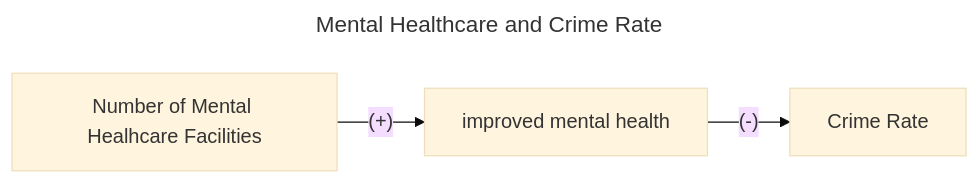
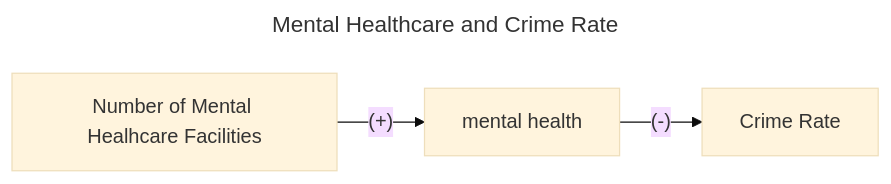
Before and after one commit to ecn310/course-project-zipcentercrime: the first of 3 diagrams in Lit_Review/PaperSummaries.md, drawn with Mermaid (base theme).

````diff
--- a/Lit_Review/PaperSummaries.md
+++ b/Lit_Review/PaperSummaries.md
@@ -15,8 +15,8 @@
 ```mermaid
 ---
 title: Mental Healthcare and Crime Rate 
 ---
 flowchart LR
- A["Number of Mental Healhcare Facilities "] --(#43;)--> B["improved mental health"]--(#45;)--> C["Crime Rate"]
+ A["Number of Mental Healhcare Facilities "] --(#43;)--> B["mental health"]--(#45;)--> C["Crime Rate"]
 
 ```
````
